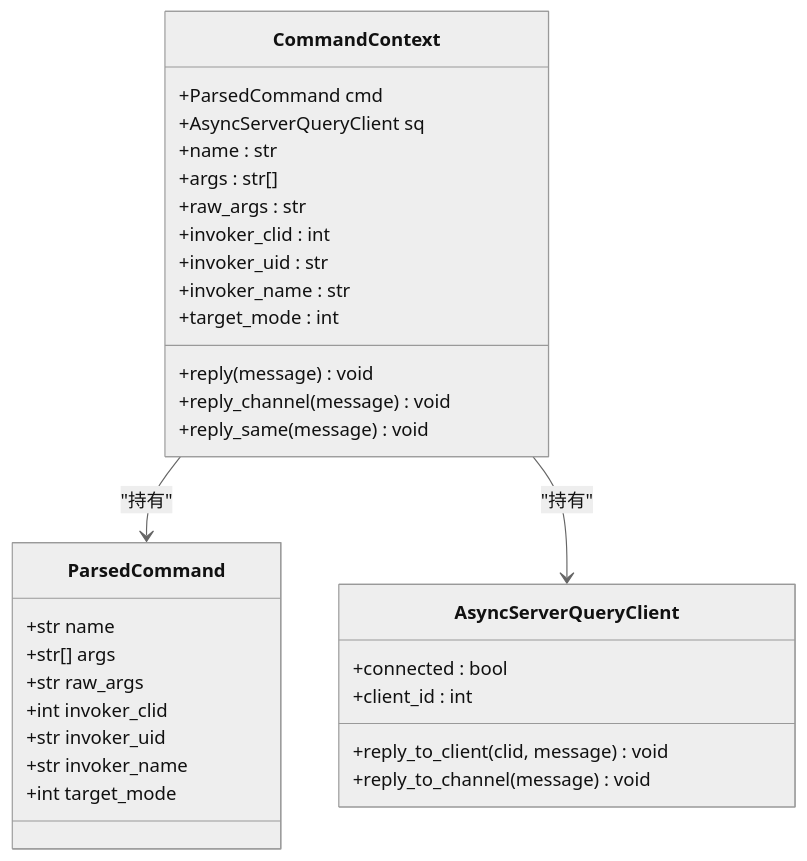
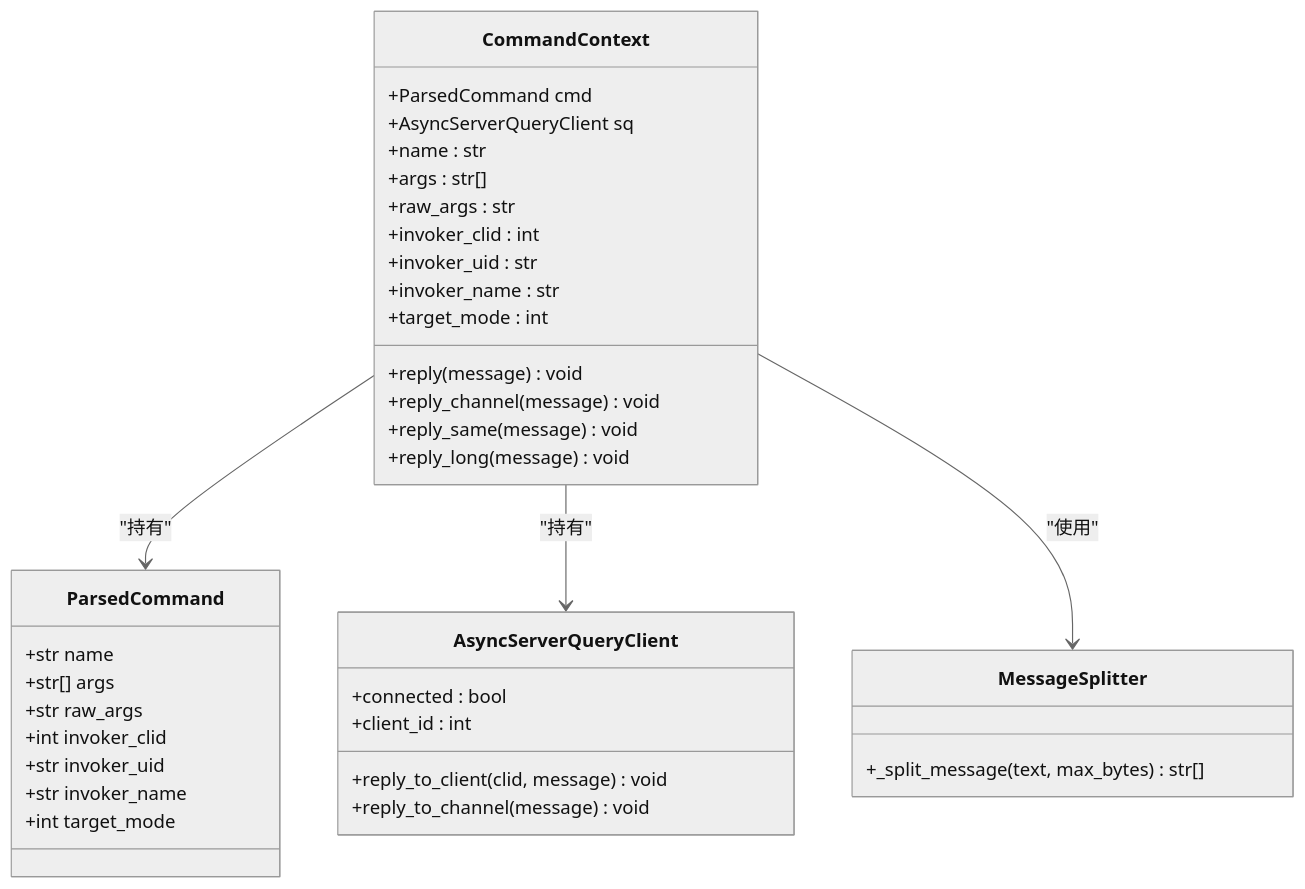
Before and after one commit to GhoulOwl/Teamspeak3_Bot: the third of 7 diagrams in .qoder/repowiki/zh/content/命令系统/命令上下文管理.md, drawn with Mermaid (neutral theme). The commit also changed other lines of this file and 7 other files, not shown here.

````diff
--- a/.qoder/repowiki/zh/content/命令系统/命令上下文管理.md
+++ b/.qoder/repowiki/zh/content/命令系统/命令上下文管理.md
@@ -146,34 +174,39 @@
 ```mermaid
 classDiagram
 class CommandContext {
 +ParsedCommand cmd
 +AsyncServerQueryClient sq
 +name : str
 +args : str[]
 +raw_args : str
 +invoker_clid : int
 +invoker_uid : str
 +invoker_name : str
 +target_mode : int
 +reply(message) void
 +reply_channel(message) void
 +reply_same(message) void
++reply_long(message) void
 }
 class ParsedCommand {
 +str name
 +str[] args
 +str raw_args
 +int invoker_clid
 +str invoker_uid
 +str invoker_name
 +int target_mode
 }
 class AsyncServerQueryClient {
 +reply_to_client(clid, message) void
 +reply_to_channel(message) void
 +connected : bool
 +client_id : int
 }
+class MessageSplitter {
++_split_message(text, max_bytes) str[]
+}
 CommandContext --> ParsedCommand : "持有"
 CommandContext --> AsyncServerQueryClient : "持有"
+CommandContext --> MessageSplitter : "使用"
 ```
````
